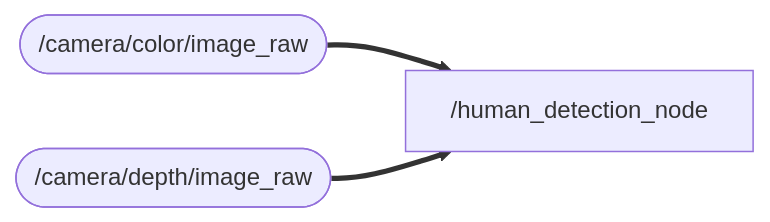
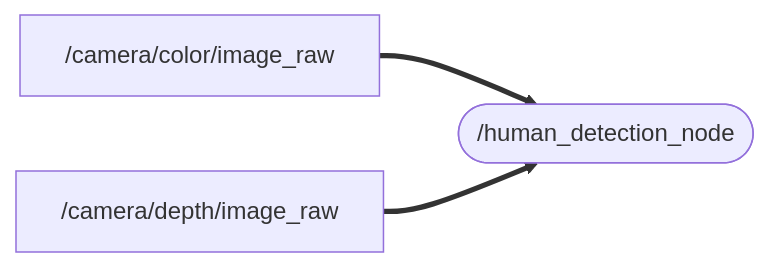
Before and after one commit to iHaruruki/human_detection: the diagram in README.md, drawn with Mermaid.

````diff
--- a/README.md
+++ b/README.md
@@ -4,4 +4,4 @@
 ```mermaid
 flowchart LR
-    A(["/camera/color/image_raw"]) & B(["/camera/depth/image_raw"]) ==> C["/human_detection_node"]
+    A["/camera/color/image_raw"] & B["/camera/depth/image_raw"] ==> C(["/human_detection_node"])
 ```
````
